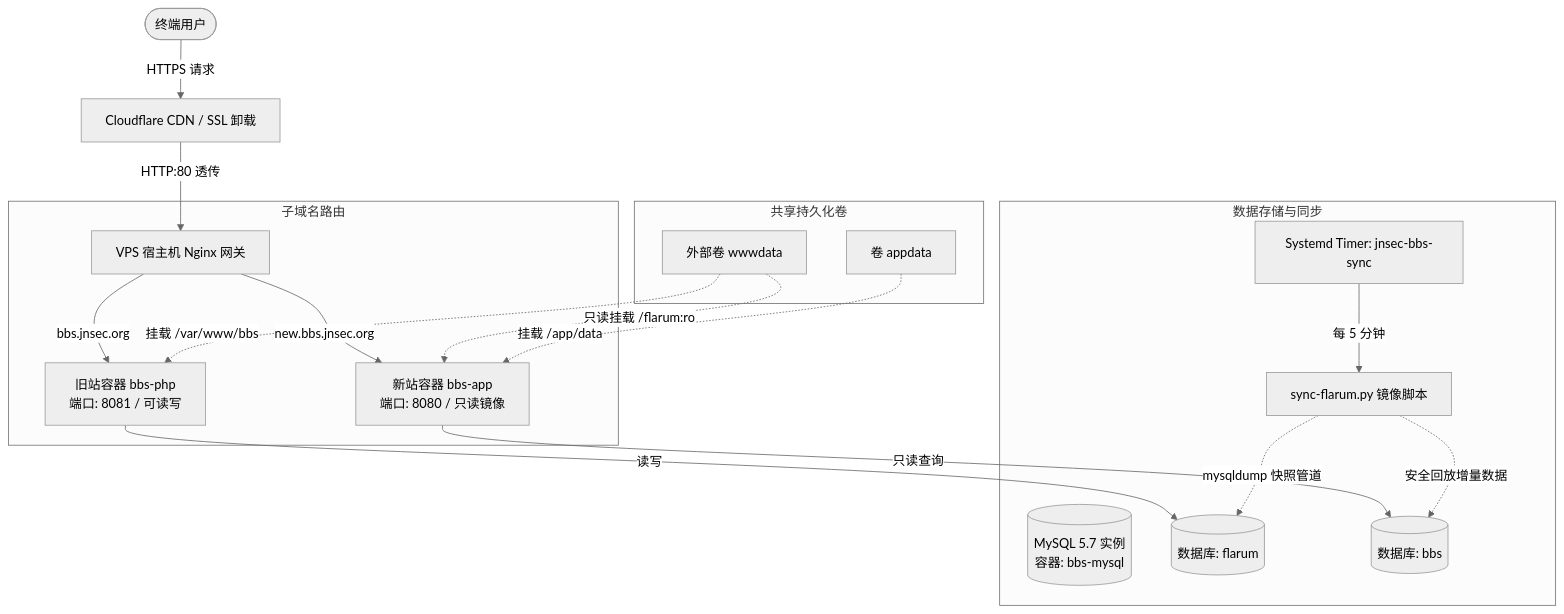
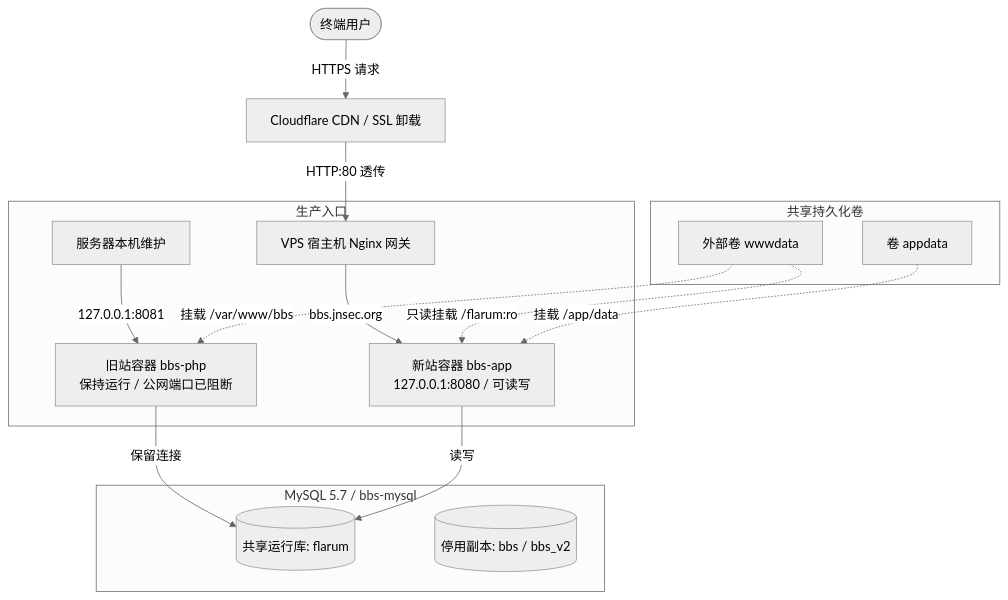
The third of 3 diagrams in README.md (gubaiovo/jnsecBBS), drawn with Mermaid (neutral theme) before and after one commit. The commit also changed other lines of this file and 2 other files, not shown here.

````diff
--- a/README.md
+++ b/README.md
@@ -112,27 +114,23 @@
 ```mermaid
 flowchart TD
     User([终端用户]) -->|HTTPS 请求| Cloudflare[Cloudflare CDN / SSL 卸载]
     
     Cloudflare -->|HTTP:80 透传| Nginx[VPS 宿主机 Nginx 网关]
     
-    subgraph DomainRouting [子域名路由]
-        Nginx -->|bbs.jnsec.org| PHPApp[旧站容器 bbs-php<br/>端口: 8081 / 可读写]
-        Nginx -->|new.bbs.jnsec.org| GoApp[新站容器 bbs-app<br/>端口: 8080 / 只读镜像]
+    subgraph DomainRouting [生产入口]
+        Nginx -->|bbs.jnsec.org| GoApp[新站容器 bbs-app<br/>127.0.0.1:8080 / 可读写]
+        Operator[服务器本机维护] -->|127.0.0.1:8081| PHPApp[旧站容器 bbs-php<br/>保持运行 / 公网端口已阻断]
     end
     
-    subgraph DataStorage [数据存储与同步]
-        MySQL[(MySQL 5.7 实例<br/>容器: bbs-mysql)]
-        PHPApp -->|读写| DB_Flarum[(数据库: flarum)]
-        GoApp -->|只读查询| DB_BBS[(数据库: bbs)]
-        
-        Timer[Systemd Timer: jnsec-bbs-sync] -->|每 5 分钟| SyncPy[sync-flarum.py 镜像脚本]
-        SyncPy -.->|mysqldump 快照管道| DB_Flarum
-        SyncPy -.->|安全回放增量数据| DB_BBS
+    subgraph DataStorage [MySQL 5.7 / bbs-mysql]
+        PHPApp -->|保留连接| DB_Flarum[(共享运行库: flarum)]
+        GoApp -->|读写| DB_Flarum
+        Inactive[(停用副本: bbs / bbs_v2)]
     end
 
     subgraph Volumes [共享持久化卷]
         Vol_WWW[外部卷 wwwdata] -.->|挂载 /var/www/bbs| PHPApp
         Vol_WWW -.->|只读挂载 /flarum:ro| GoApp
         Vol_App[卷 appdata] -.->|挂载 /app/data| GoApp
     end
 ```
````
